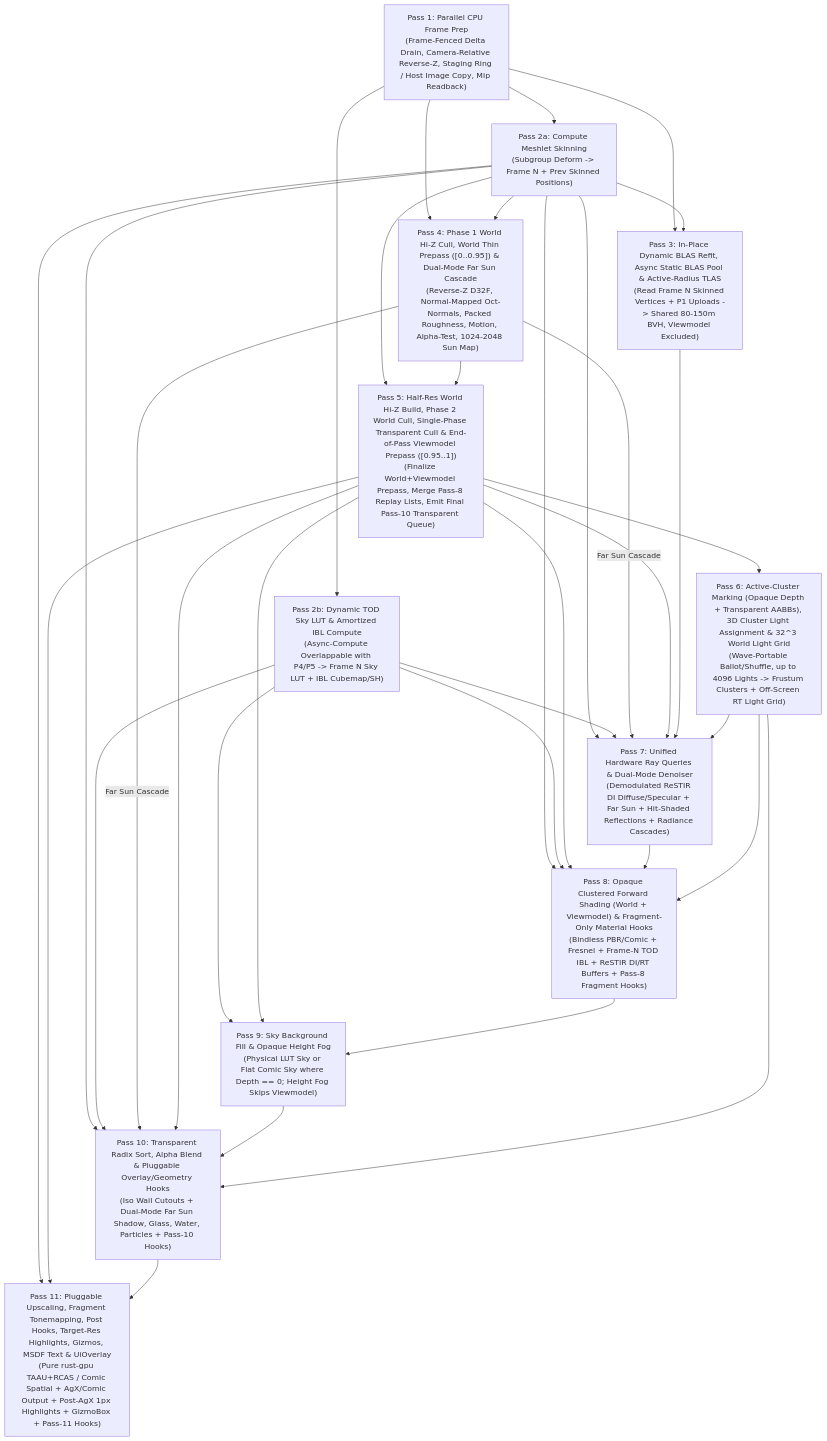
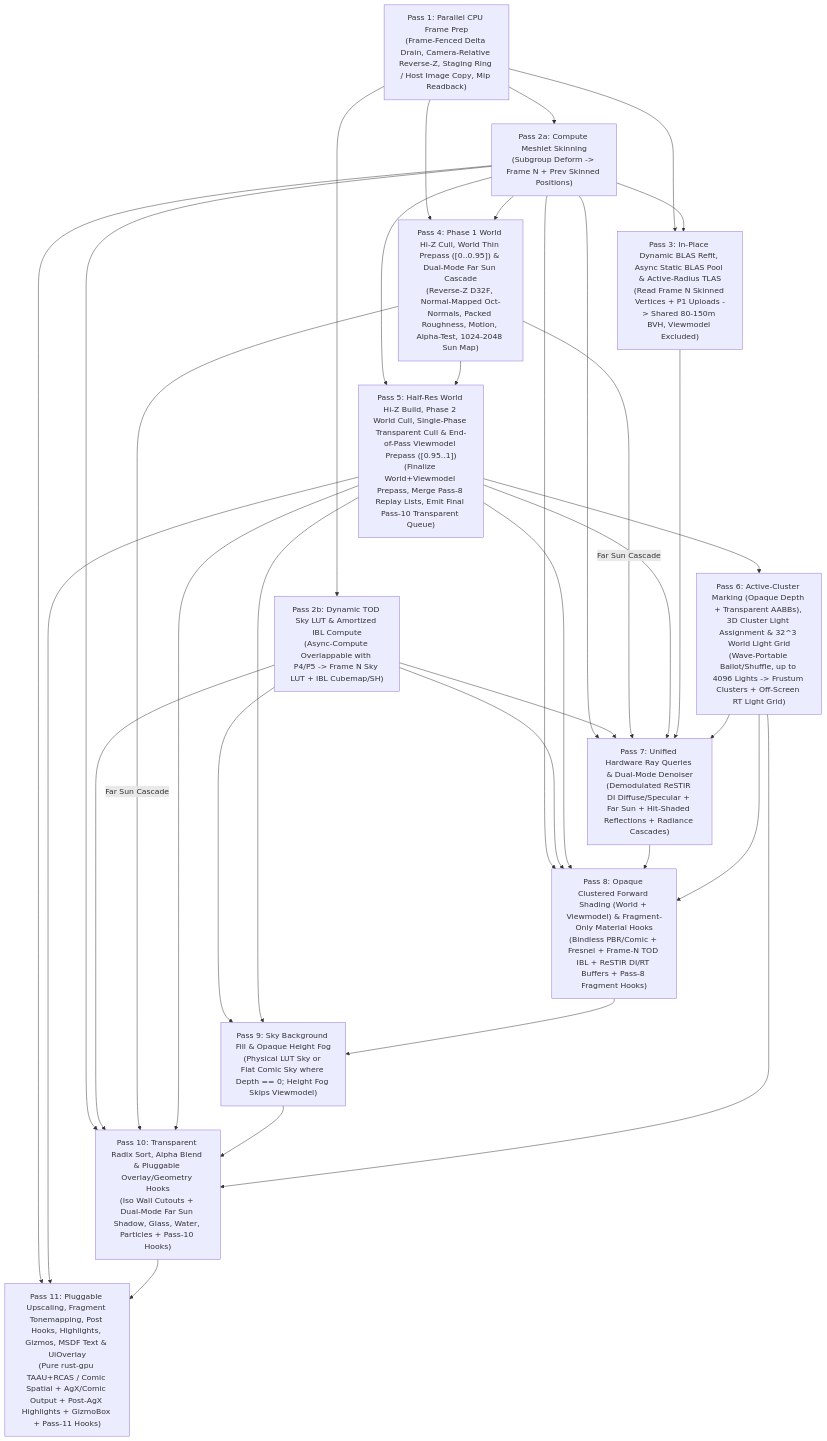
Before and after one commit to dragon-engine/dragon-engine: the diagram in docs/graphics-architecture.md, drawn with Mermaid. The commit also changed other lines of this file and 1 other file, not shown here.

First line of the commit message:
Refine highlight pass in graphics docs

````diff
--- a/docs/graphics-architecture.md
+++ b/docs/graphics-architecture.md
@@ -45,48 +45,48 @@
 ```mermaid
 flowchart TD
     P1["Pass 1: Parallel CPU Frame Prep\n(Frame-Fenced Delta Drain, Camera-Relative Reverse-Z, Staging Ring / Host Image Copy, Mip Readback)"]
     P2A["Pass 2a: Compute Meshlet Skinning\n(Subgroup Deform -> Frame N + Prev Skinned Positions)"]
     P2B["Pass 2b: Dynamic TOD Sky LUT & Amortized IBL Compute\n(Async-Compute Overlappable with P4/P5 -> Frame N Sky LUT + IBL Cubemap/SH)"]
     P3["Pass 3: In-Place Dynamic BLAS Refit, Async Static BLAS Pool & Active-Radius TLAS\n(Read Frame N Skinned Vertices + P1 Uploads -> Shared 80-150m BVH, Viewmodel Excluded)"]
     P4["Pass 4: Phase 1 World Hi-Z Cull, World Thin Prepass ([0..0.95]) & Dual-Mode Far Sun Cascade\n(Reverse-Z D32F, Normal-Mapped Oct-Normals, Packed Roughness, Motion, Alpha-Test, 1024-2048 Sun Map)"]
     P5["Pass 5: Half-Res World Hi-Z Build, Phase 2 World Cull, Single-Phase Transparent Cull & End-of-Pass Viewmodel Prepass ([0.95..1])\n(Finalize World+Viewmodel Prepass, Merge Pass-8 Replay Lists, Emit Final Pass-10 Transparent Queue)"]
     P6["Pass 6: Active-Cluster Marking (Opaque Depth + Transparent AABBs), 3D Cluster Light Assignment & 32^3 World Light Grid\n(Wave-Portable Ballot/Shuffle, up to 4096 Lights -> Frustum Clusters + Off-Screen RT Light Grid)"]
     P7["Pass 7: Unified Hardware Ray Queries & Dual-Mode Denoiser\n(Demodulated ReSTIR DI Diffuse/Specular + Far Sun + Hit-Shaded Reflections + Radiance Cascades)"]
     P8["Pass 8: Opaque Clustered Forward Shading (World + Viewmodel) & Fragment-Only Material Hooks\n(Bindless PBR/Comic + Fresnel + Frame-N TOD IBL + ReSTIR DI/RT Buffers + Pass-8 Fragment Hooks)"]
     P9["Pass 9: Sky Background Fill & Opaque Height Fog\n(Physical LUT Sky or Flat Comic Sky where Depth == 0; Height Fog Skips Viewmodel)"]
     P10["Pass 10: Transparent Radix Sort, Alpha Blend & Pluggable Overlay/Geometry Hooks\n(Iso Wall Cutouts + Dual-Mode Far Sun Shadow, Glass, Water, Particles + Pass-10 Hooks)"]
-    P11["Pass 11: Pluggable Upscaling, Fragment Tonemapping, Post Hooks, Target-Res Highlights, Gizmos, MSDF Text & UiOverlay\n(Pure rust-gpu TAAU+RCAS / Comic Spatial + AgX/Comic Output + Post-AgX 1px Highlights + GizmoBox + Pass-11 Hooks)"]
+    P11["Pass 11: Pluggable Upscaling, Fragment Tonemapping, Post Hooks, Highlights, Gizmos, MSDF Text & UiOverlay\n(Pure rust-gpu TAAU+RCAS / Comic Spatial + AgX/Comic Output + Post-AgX Highlights + GizmoBox + Pass-11 Hooks)"]
 
     P1 --> P2A
     P1 --> P2B
     P1 --> P3
     P1 --> P4
     P2A --> P3
     P2A --> P4
     P2A --> P5
     P2A --> P7
     P2A --> P8
     P2A --> P10
     P2A --> P11
     P2B --> P7
     P2B --> P8
     P2B --> P9
     P2B --> P10
     P4 --> P5
     P4 -->|Far Sun Cascade| P7
     P4 -->|Far Sun Cascade| P10
     P5 --> P6
     P5 --> P7
     P5 --> P8
     P5 --> P9
     P5 --> P10
     P5 --> P11
     P3 --> P7
     P6 --> P7
     P7 --> P8
     P6 --> P8
     P8 --> P9
     P9 --> P10
     P6 --> P10
     P10 --> P11
 ```
````
